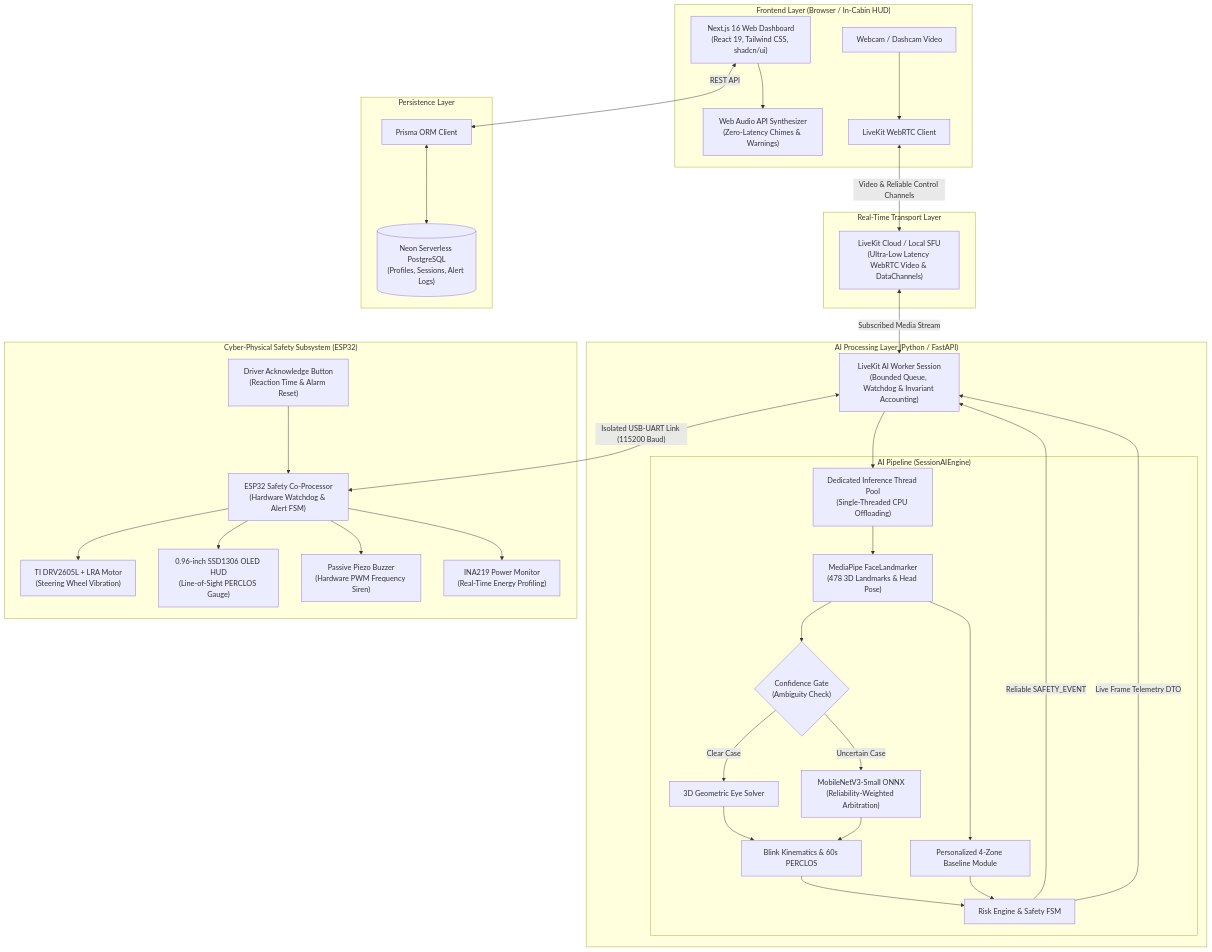
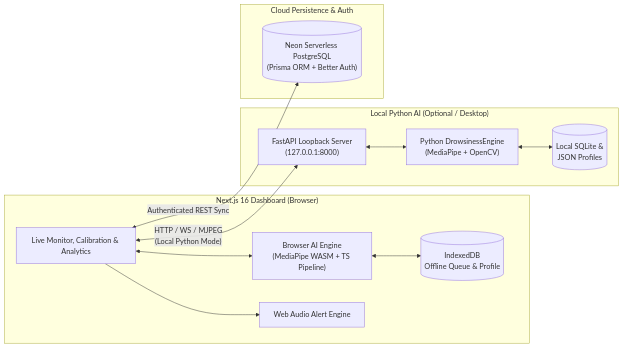
The diagram in README.md (michaelumoize-lab/DriveGuard), drawn with Mermaid before and after one commit. The commit also changed other lines of this file, not shown here.

Commit message:
docs(readme): streamline project overview for dual-engine architecture

````diff
--- a/README.md
+++ b/README.md
@@ -90,73 +46,27 @@
 ```mermaid
-flowchart TD
-    subgraph Client ["Frontend Layer (Browser / In-Cabin HUD)"]
-        UI["Next.js 16 Web Dashboard\n(React 19, Tailwind CSS, shadcn/ui)"]
-        CAM["Webcam / Dashcam Video"]
-        AUDIO["Web Audio API Synthesizer\n(Zero-Latency Chimes & Warnings)"]
-        LK_CLIENT["LiveKit WebRTC Client"]
-
-        CAM --> LK_CLIENT
+flowchart LR
+    subgraph Client ["Next.js 16 Dashboard (Browser)"]
+        UI["Live Monitor, Calibration & Analytics"]
+        WASM["Browser AI Engine\n(MediaPipe WASM + TS Pipeline)"]
+        IDB[("IndexedDB\nOffline Queue & Profile")]
+        AUDIO["Web Audio Alert Engine"]
+        UI <--> WASM
+        WASM <--> IDB
         UI --> AUDIO
     end
 
-    subgraph MediaTransport ["Real-Time Transport Layer"]
-        SFU["LiveKit Cloud / Local SFU\n(Ultra-Low Latency WebRTC Video & DataChannels)"]
-        LK_CLIENT <-->|"Video & Reliable Control Channels"| SFU
+    subgraph LocalPy ["Local Python AI (Optional / Desktop)"]
+        API["FastAPI Loopback Server\n(127.0.0.1:8000)"]
+        PY["Python DrowsinessEngine\n(MediaPipe + OpenCV)"]
+        SQLITE[("Local SQLite &\nJSON Profiles")]
+        API <--> PY
+        PY <--> SQLITE
     end
 
-    subgraph Backend ["AI Processing Layer (Python / FastAPI)"]
-        WORKER["LiveKit AI Worker Session\n(Bounded Queue, Watchdog & Invariant Accounting)"]
-        POOL["Dedicated Inference Thread Pool\n(Single-Threaded CPU Offloading)"]
-        
-        SFU <-->|"Subscribed Media Stream"| WORKER
-        WORKER --> POOL
-        
-        subgraph Pipeline ["AI Pipeline (SessionAIEngine)"]
-            MP["MediaPipe FaceLandmarker\n(478 3D Landmarks & Head Pose)"]
-            PDBP["Personalized 4-Zone Baseline Module"]
-            CASCADE{"Confidence Gate\n(Ambiguity Check)"}
-            GEOM["3D Geometric Eye Solver"]
-            ONNX["MobileNetV3-Small ONNX\n(Reliability-Weighted Arbitration)"]
-            KINE["Blink Kinematics & 60s PERCLOS"]
-            RISK["Risk Engine & Safety FSM"]
-
-            POOL --> MP
-            MP --> PDBP
-            MP --> CASCADE
-            CASCADE -->|"Clear Case"| GEOM
-            CASCADE -->|"Uncertain Case"| ONNX
-            GEOM --> KINE
-            ONNX --> KINE
-            KINE --> RISK
-            PDBP --> RISK
-        end
-
-        RISK -->|"Reliable SAFETY_EVENT"| WORKER
-        RISK -->|"Live Frame Telemetry DTO"| WORKER
+    subgraph Cloud ["Cloud Persistence & Auth"]
+        PG[("Neon Serverless PostgreSQL\n(Prisma ORM + Better Auth)")]
     end
 
-    subgraph EmbeddedSubsystem ["Cyber-Physical Safety Subsystem (ESP32)"]
-        MCU["ESP32 Safety Co-Processor\n(Hardware Watchdog & Alert FSM)"]
-        HAPTIC["TI DRV2605L + LRA Motor\n(Steering Wheel Vibration)"]
-        OLED_HUD["0.96-inch SSD1306 OLED HUD\n(Line-of-Sight PERCLOS Gauge)"]
-        PIEZO["Passive Piezo Buzzer\n(Hardware PWM Frequency Siren)"]
-        ACK_BTN["Driver Acknowledge Button\n(Reaction Time & Alarm Reset)"]
-        INA_MON["INA219 Power Monitor\n(Real-Time Energy Profiling)"]
-
-        MCU --> HAPTIC
-        MCU --> OLED_HUD
-        MCU --> PIEZO
-        MCU --> INA_MON
-        ACK_BTN --> MCU
-    end
-
-    WORKER <-->|"Isolated USB-UART Link (115200 Baud)"| MCU
-
-    subgraph Storage ["Persistence Layer"]
-        DB[("Neon Serverless PostgreSQL\n(Profiles, Sessions, Alert Logs)")]
-        PRISMA["Prisma ORM Client"]
-        
-        UI <-->|"REST API"| PRISMA
-        PRISMA <--> DB
-    end
+    UI <-->|"HTTP / WS / MJPEG\n(Local Python Mode)"| API
+    UI <-->|"Authenticated REST Sync"| PG
 ```
````
